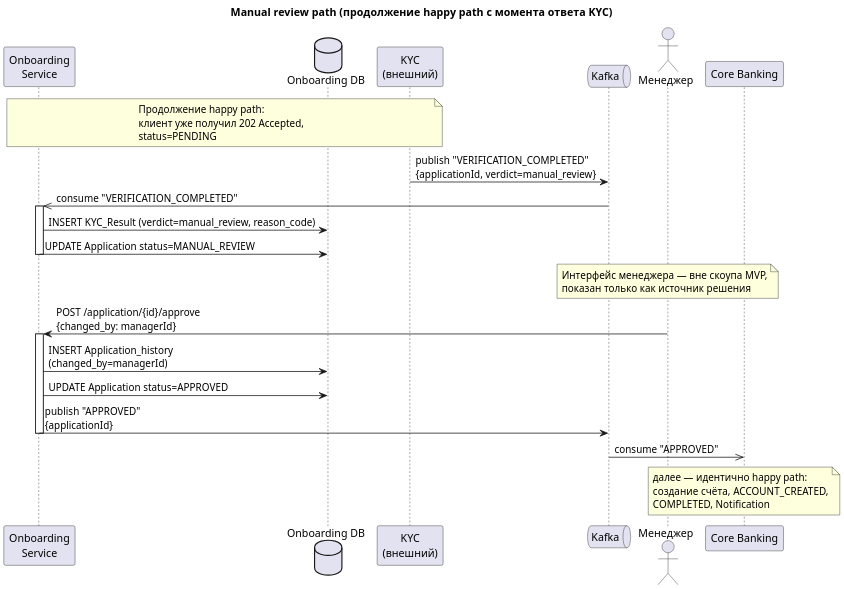
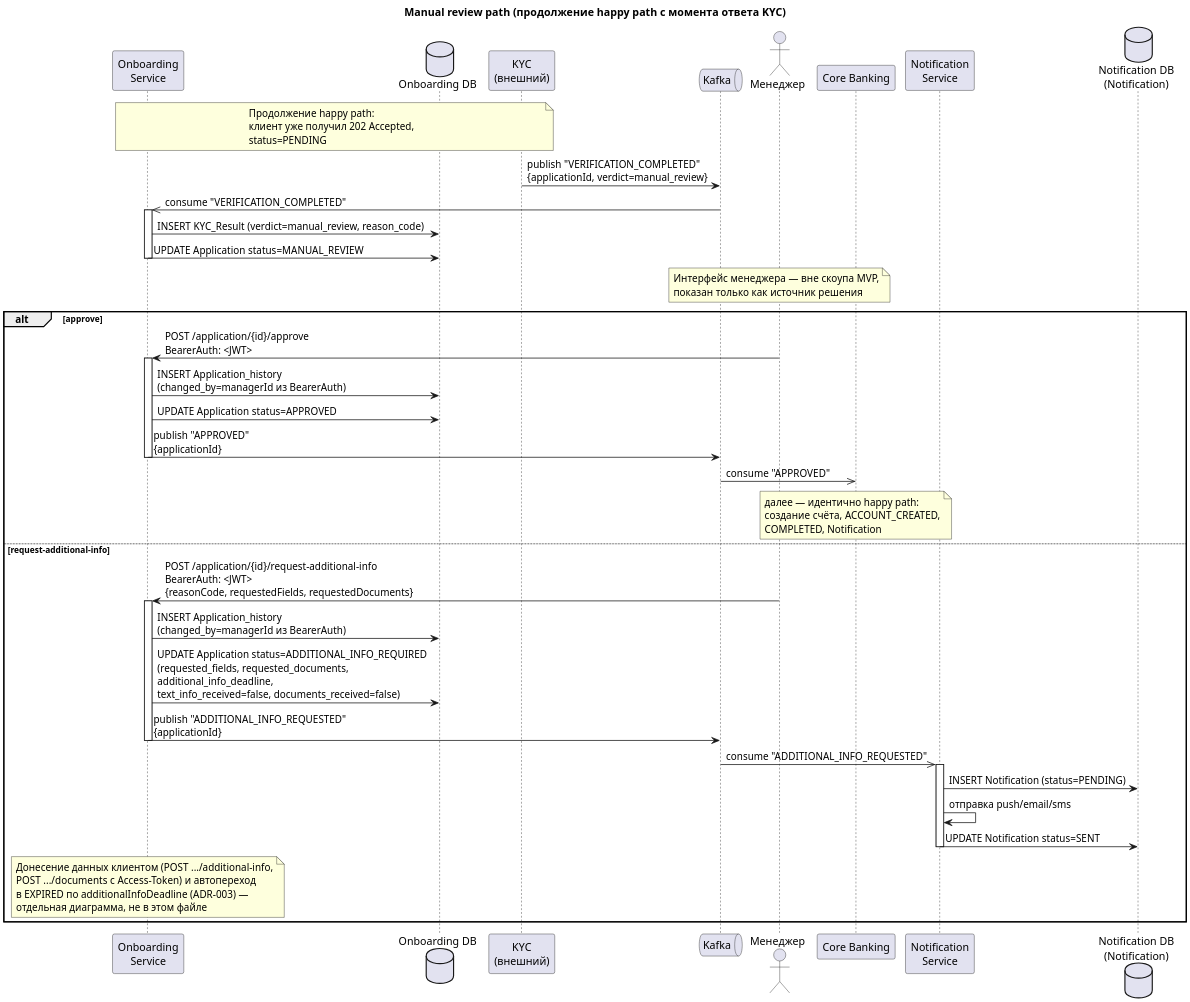
One commit to PulyaIvan/digital-client-onboarding changed the diagram in diagrams/sequence/Диаграмма последовательности(MANUAL_REVIEW).puml. Above: the diagram before and after it, drawn with PlantUML. The commit also changed 16 other files, not shown here.

First line of the commit message:
feat: реализован механизм восстановления доступа через OTP, обновлена связанная схема БД

```diff
--- a/diagrams/sequence/Диаграмма последовательности(MANUAL_REVIEW).puml
+++ b/diagrams/sequence/Диаграмма последовательности(MANUAL_REVIEW).puml
@@ -1,44 +1,70 @@
 @startuml Онбординг клиента — manual review path
 title Manual review path (продолжение happy path с момента ответа KYC)
 scale 2
 
 participant "Onboarding\nService" as svc
 database "Onboarding DB" as db_svc
 participant "KYC\n(внешний)" as kyc
 queue "Kafka" as bm
 actor "Менеджер" as mgr
 participant "Core Banking" as bk
+participant "Notification\nService" as ns
+database "Notification DB\n(Notification)" as db_ns
 
 note over svc, kyc
   Продолжение happy path:
   клиент уже получил 202 Accepted,
   status=PENDING
 end note
 
 kyc -> bm: publish "VERIFICATION_COMPLETED"\n{applicationId, verdict=manual_review}
 bm ->> svc: consume "VERIFICATION_COMPLETED"
 activate svc
 svc -> db_svc: INSERT KYC_Result (verdict=manual_review, reason_code)
 svc -> db_svc: UPDATE Application status=MANUAL_REVIEW
 deactivate svc
 
 note over mgr
   Интерфейс менеджера — вне скоупа MVP,
   показан только как источник решения
 end note
 
-mgr -> svc: POST /application/{id}/approve\n{changed_by: managerId}
-activate svc
-svc -> db_svc: INSERT Application_history\n(changed_by=managerId)
-svc -> db_svc: UPDATE Application status=APPROVED
-svc -> bm: publish "APPROVED"\n{applicationId}
-deactivate svc
+alt approve
+  mgr -> svc: POST /application/{id}/approve\nBearerAuth: <JWT>
+  activate svc
+  svc -> db_svc: INSERT Application_history\n(changed_by=managerId из BearerAuth)
+  svc -> db_svc: UPDATE Application status=APPROVED
+  svc -> bm: publish "APPROVED"\n{applicationId}
+  deactivate svc
 
-bm ->> bk: consume "APPROVED"
-note over bk
-  далее — идентично happy path:
-  создание счёта, ACCOUNT_CREATED,
-  COMPLETED, Notification
-end note
+  bm ->> bk: consume "APPROVED"
+  note over bk
+    далее — идентично happy path:
+    создание счёта, ACCOUNT_CREATED,
+    COMPLETED, Notification
+  end note
+
+else request-additional-info
+  mgr -> svc: POST /application/{id}/request-additional-info\nBearerAuth: <JWT>\n{reasonCode, requestedFields, requestedDocuments}
+  activate svc
+  svc -> db_svc: INSERT Application_history\n(changed_by=managerId из BearerAuth)
+  svc -> db_svc: UPDATE Application status=ADDITIONAL_INFO_REQUIRED\n(requested_fields, requested_documents,\nadditional_info_deadline,\ntext_info_received=false, documents_received=false)
+  svc -> bm: publish "ADDITIONAL_INFO_REQUESTED"\n{applicationId}
+  deactivate svc
+
+  bm ->> ns: consume "ADDITIONAL_INFO_REQUESTED"
+  activate ns
+  ns -> db_ns: INSERT Notification (status=PENDING)
+  ns -> ns: отправка push/email/sms
+  ns -> db_ns: UPDATE Notification status=SENT
+  deactivate ns
+
+  note over svc
+    Донесение данных клиентом (POST .../additional-info,
+    POST .../documents с Access-Token) и автопереход
+    в EXPIRED по additionalInfoDeadline (ADR-003) —
+    отдельная диаграмма, не в этом файле
+  end note
+end
 
 @enduml
```
